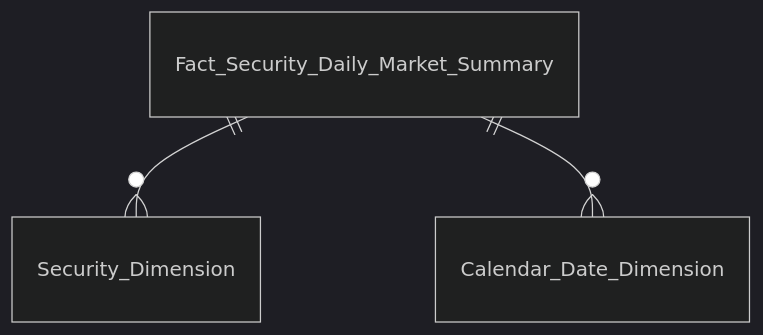
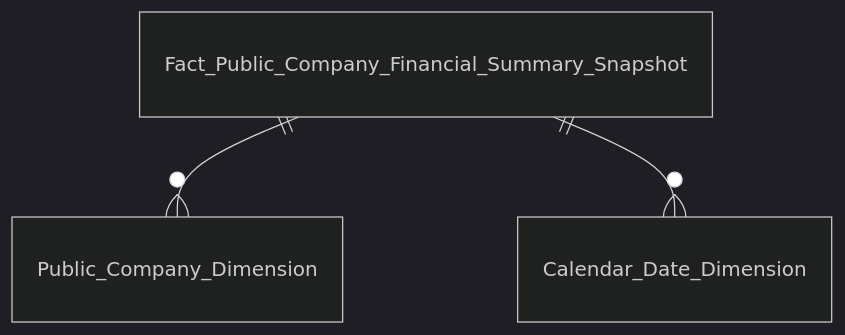
Diagram 14 of 16 in Datamart/hld/DTM_GSDC_Entities.md (linhlvit/ubck_atomic_design), drawn with Mermaid (dark theme) before and after one commit. The commit also changed other lines of this file and 24 other files, not shown here.

````diff
--- a/Datamart/hld/DTM_GSDC_Entities.md
+++ b/Datamart/hld/DTM_GSDC_Entities.md
@@ -320,5 +229,5 @@
 ```mermaid
 erDiagram
-    Fact_Security_Daily_Market_Summary ||--o{ Security_Dimension : ""
-    Fact_Security_Daily_Market_Summary ||--o{ Calendar_Date_Dimension : ""
+    Fact_Public_Company_Financial_Summary_Snapshot ||--o{ Public_Company_Dimension : ""
+    Fact_Public_Company_Financial_Summary_Snapshot ||--o{ Calendar_Date_Dimension : ""
 ```
````
